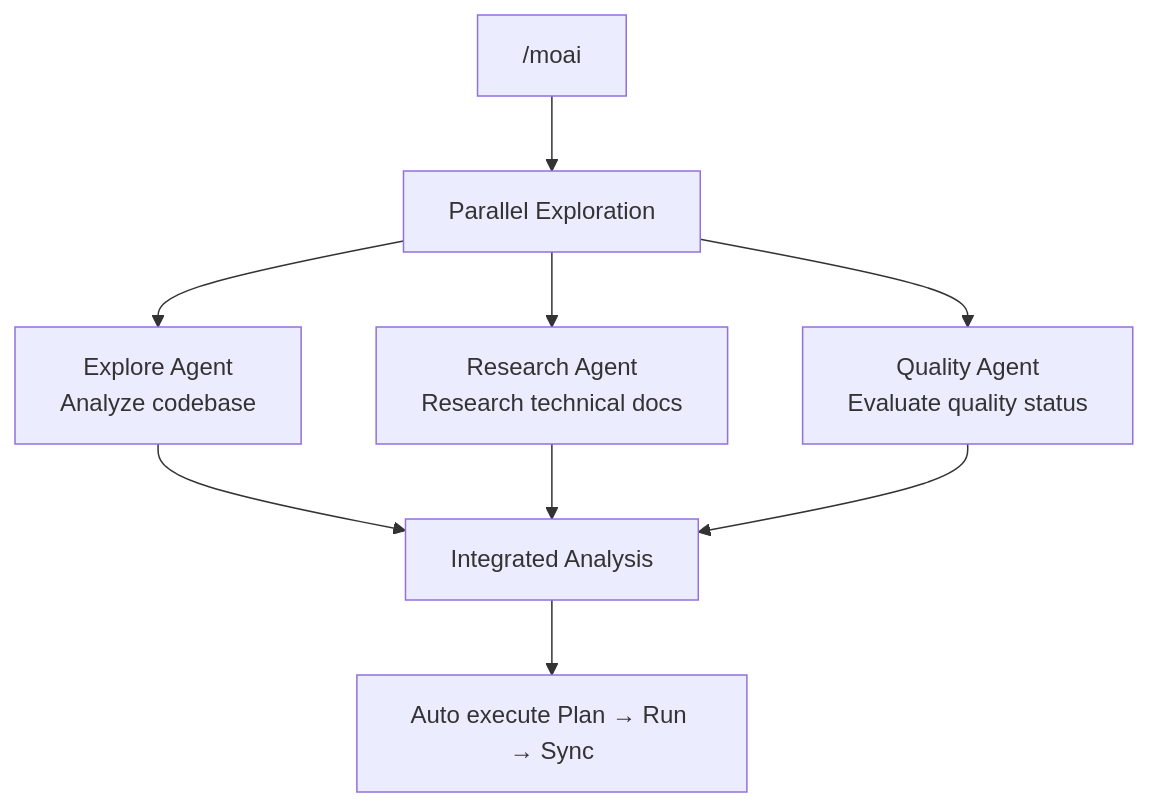
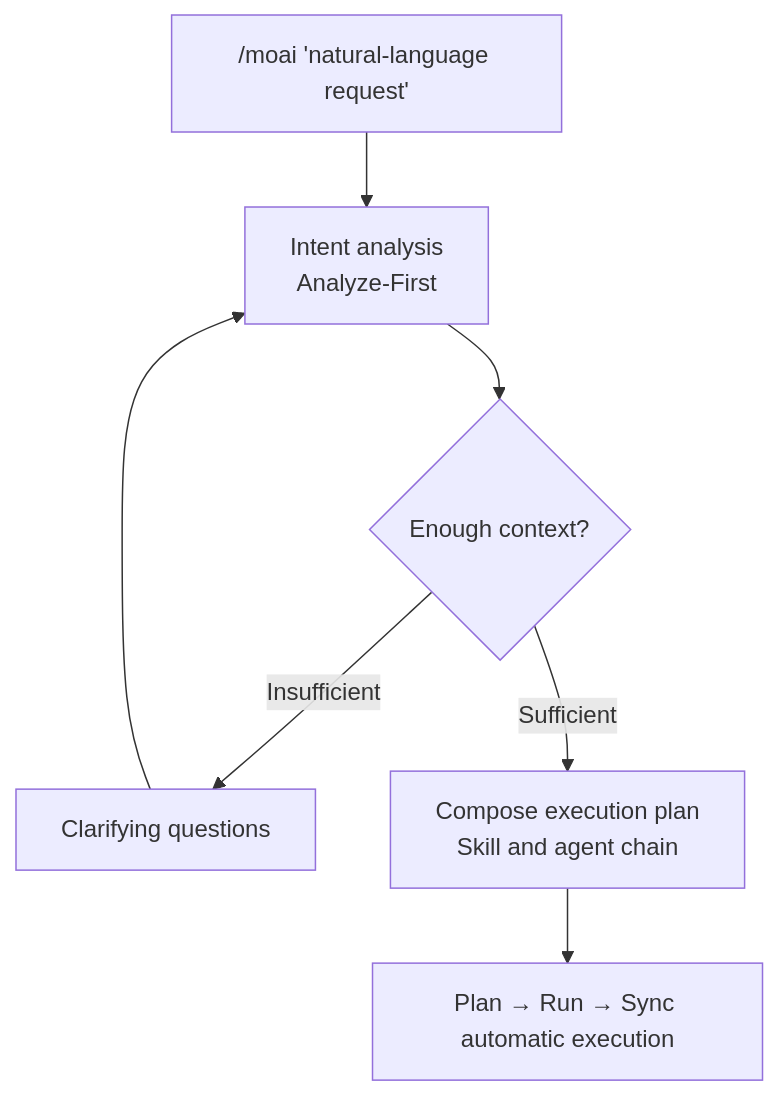
The eighth of 9 diagrams in docs-site/content/en/getting-started/quickstart.md (modu-ai/moai-adk), drawn with Mermaid before and after one commit. The commit also changed other lines of this file and 395 other files, not shown here.

````diff
--- a/docs-site/content/en/getting-started/quickstart.md
+++ b/docs-site/content/en/getting-started/quickstart.md
@@ -290,13 +292,9 @@
 ```mermaid
 flowchart TB
-    A["/moai"] --> B[Parallel Exploration]
-    B --> C["Explore Agent<br>Analyze codebase"]
-    B --> D["Research Agent<br>Research technical docs"]
-    B --> E["Quality Agent<br>Evaluate quality status"]
-
-    C --> F[Integrated Analysis]
-    D --> F
-    E --> F
-
-    F --> G["Auto execute Plan → Run → Sync"]
+    A["/moai 'natural-language request'"] --> B["Intent analysis<br>Analyze-First"]
+    B --> C{"Enough context?"}
+    C -->|"Insufficient"| D["Clarifying questions"]
+    D --> B
+    C -->|"Sufficient"| E["Compose execution plan<br>Skill and agent chain"]
+    E --> F["Plan → Run → Sync automatic execution"]
 ```
````
